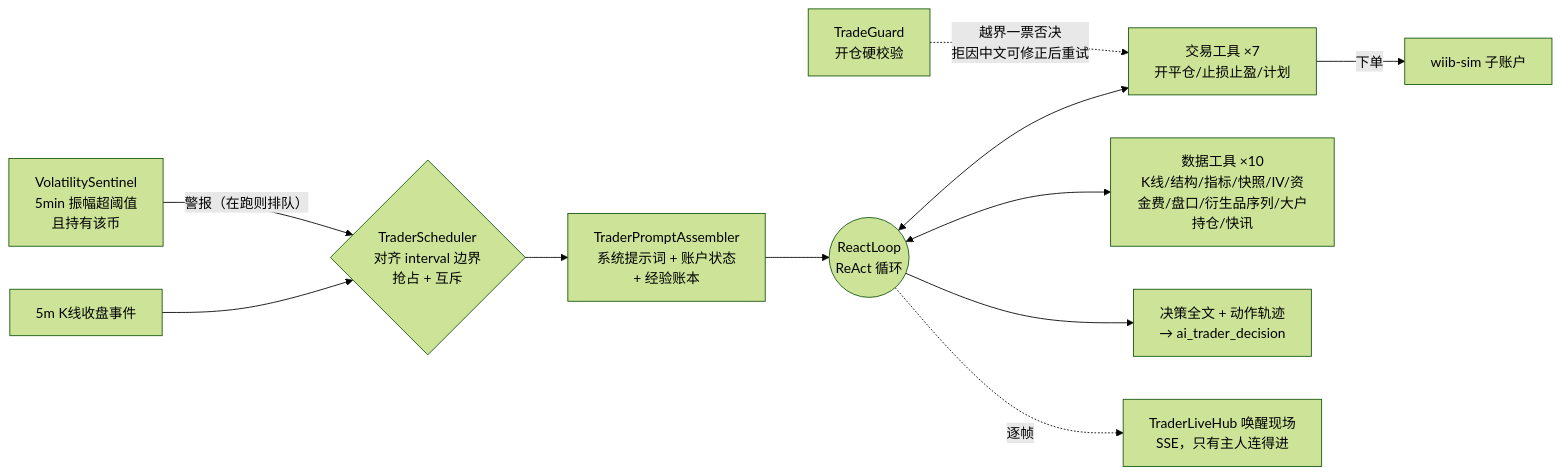
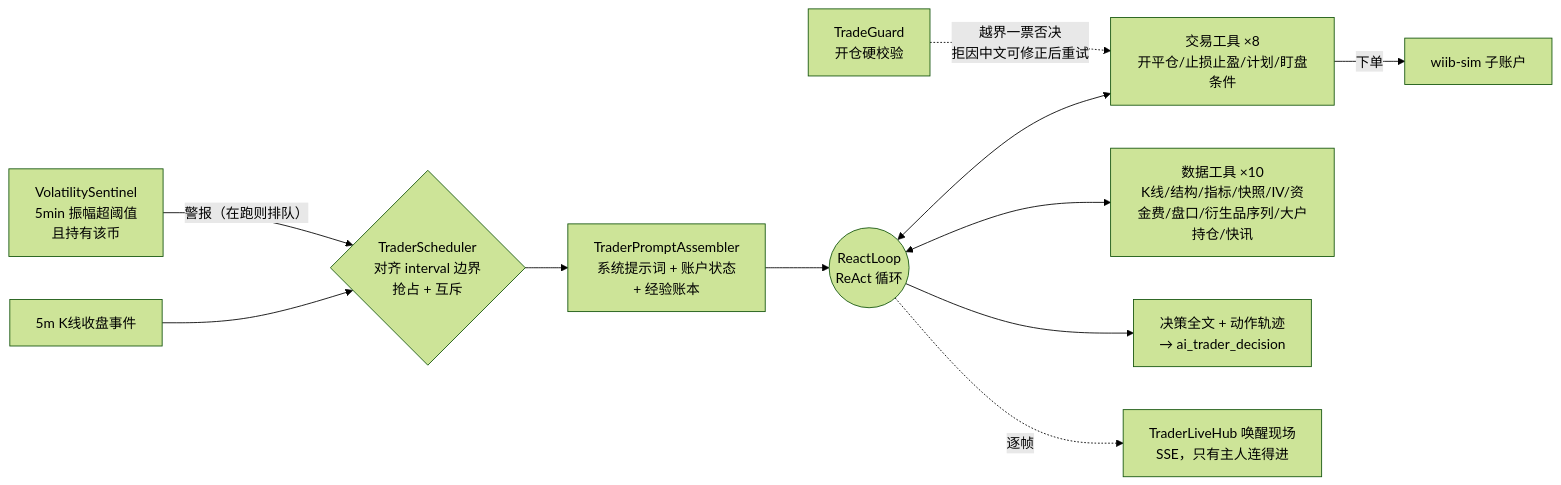
Before and after one commit to mamawai/wtfibought: the second of 5 diagrams in docs/agent-harness/architecture.md, drawn with Mermaid (forest theme). The commit also changed other lines of this file and 31 other files, not shown here.

````diff
--- a/docs/agent-harness/architecture.md
+++ b/docs/agent-harness/architecture.md
@@ -50,13 +50,13 @@
 ```mermaid
 flowchart LR
     CLK["5m K线收盘事件"] --> SCH{"TraderScheduler<br/>对齐 interval 边界<br/>抢占 + 互斥"}
     SEN["VolatilitySentinel<br/>5min 振幅超阈值<br/>且持有该币"] -->|"警报（在跑则排队）"| SCH
     SCH --> PA["TraderPromptAssembler<br/>系统提示词 + 账户状态<br/>+ 经验账本"]
     PA --> RA(("ReactLoop<br/>ReAct 循环"))
-    RA <--> T1["交易工具 ×7<br/>开平仓/止损止盈/计划"]
+    RA <--> T1["交易工具 ×8<br/>开平仓/止损止盈/计划/盯盘条件"]
     RA <--> T2["数据工具 ×10<br/>K线/结构/指标/快照/IV/资金费/盘口/衍生品序列/大户持仓/快讯"]
     RA --> OUT["决策全文 + 动作轨迹<br/>→ ai_trader_decision"]
     RA -.->|"逐帧"| HUB["TraderLiveHub 唤醒现场<br/>SSE，只有主人连得进"]
     GUARD["TradeGuard<br/>开仓硬校验"] -.->|"越界一票否决<br/>拒因中文可修正后重试"| T1
     T1 -->|"下单"| SIMX["wiib-sim 子账户"]
 ```
````
